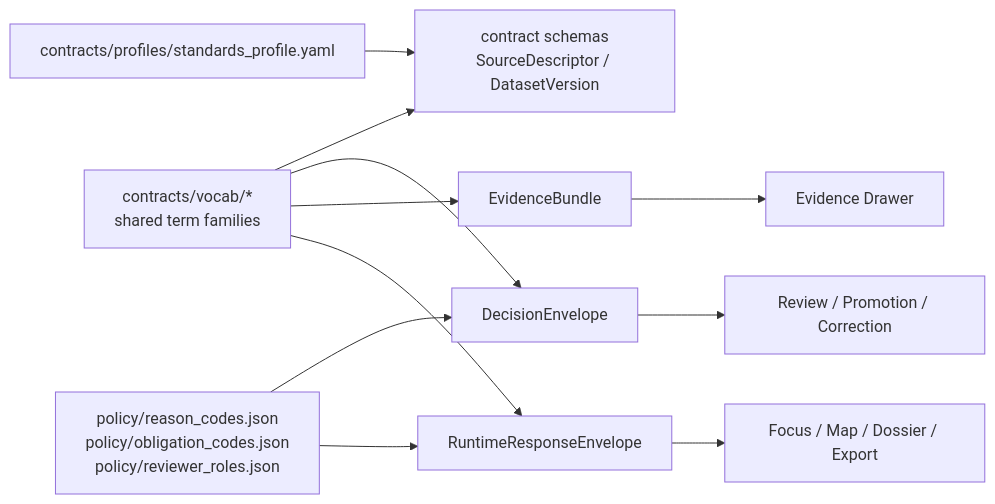
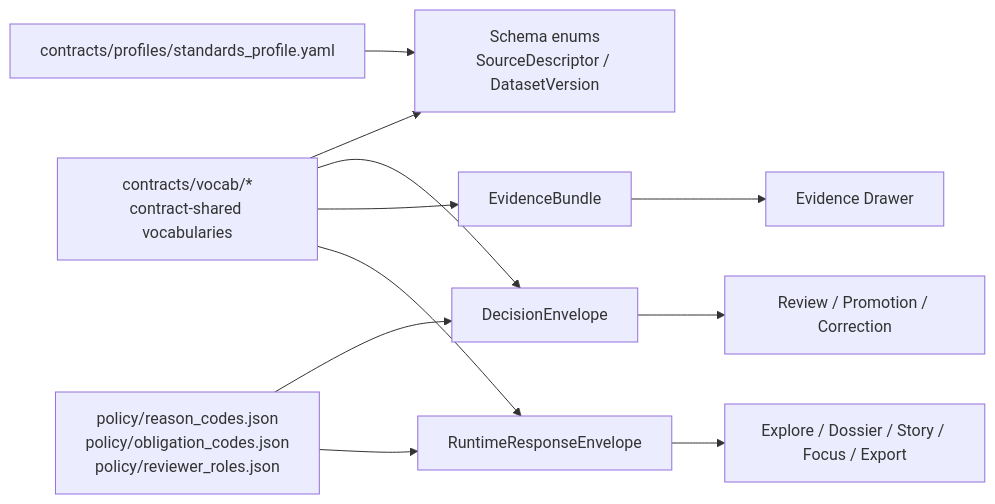
The diagram in contracts/vocab/README.md (bartytime4life/Kansas-Frontier-Matrix), drawn with Mermaid before and after one commit. The commit also changed other lines of this file, not shown here.

````diff
--- a/contracts/vocab/README.md
+++ b/contracts/vocab/README.md
@@ -151,13 +159,16 @@
 ```mermaid
 flowchart LR
-    A[contracts/vocab/*\nshared term families] --> B[contract schemas\nSourceDescriptor / DatasetVersion]
+    A[contracts/vocab/*\ncontract-shared vocabularies] --> B[Schema enums\nSourceDescriptor / DatasetVersion]
     A --> C[DecisionEnvelope]
     A --> D[EvidenceBundle]
     A --> E[RuntimeResponseEnvelope]
+
     F[policy/reason_codes.json\npolicy/obligation_codes.json\npolicy/reviewer_roles.json] --> C
     F --> E
+
     G[contracts/profiles/standards_profile.yaml] --> B
+
     D --> H[Evidence Drawer]
-    E --> I[Focus / Map / Dossier / Export]
+    E --> I[Explore / Dossier / Story / Focus / Export]
     C --> J[Review / Promotion / Correction]
 ```
````
